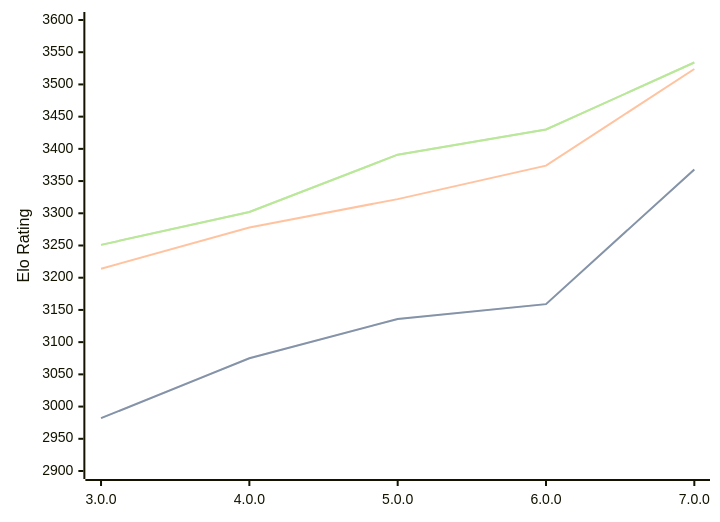
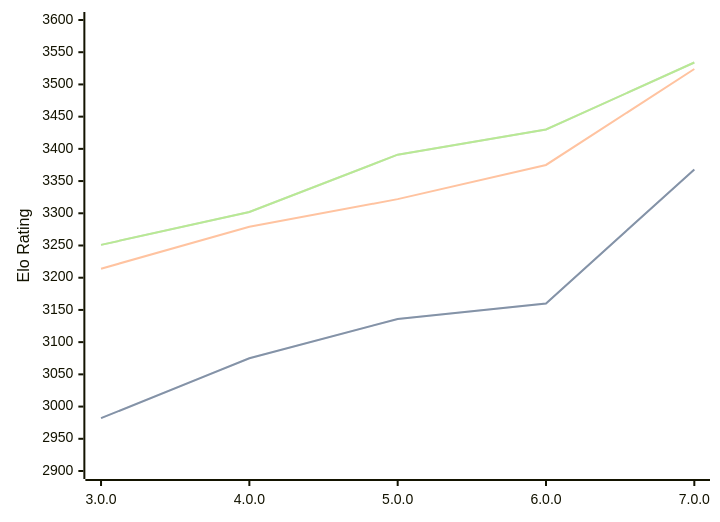
The diagram in engines/Minke.md (computer-chess-index/cci), drawn with Mermaid before and after one commit. The commit also changed other lines of this file, not shown here.

````diff
--- a/engines/Minke.md
+++ b/engines/Minke.md
@@ -35,11 +35,11 @@
 ```mermaid
 %%{init: {"theme":"base","themeVariables":{"seriesColors:['#a3a3a3','#222221','#faa371']}}}%%
 xychart-beta
   x-axis ["3.0.0", "4.0.0", "5.0.0", "6.0.0", "7.0.0"]
   y-axis "Elo Rating" 2900 --> 3600
-  line "" [2982, 3075, 3136, 3159, 3368]
-  line "STC (8.0+0.08s)" [2982, 3075, 3136, 3159, 3368]
-  line "LTC (60.0+0.60s)" [3214, 3278, 3322, 3374, 3524]
+  line "" [2982, 3075, 3136, 3160, 3368]
+  line "STC (8.0+0.08s)" [2982, 3075, 3136, 3160, 3368]
+  line "LTC (60.0+0.60s)" [3214, 3279, 3322, 3375, 3524]
   line "" [3251, 3302, 3391, 3430, 3534]
   line "VLTC (2m24s+1.12s)" [3251, 3302, 3391, 3430, 3534]
 ```
````
